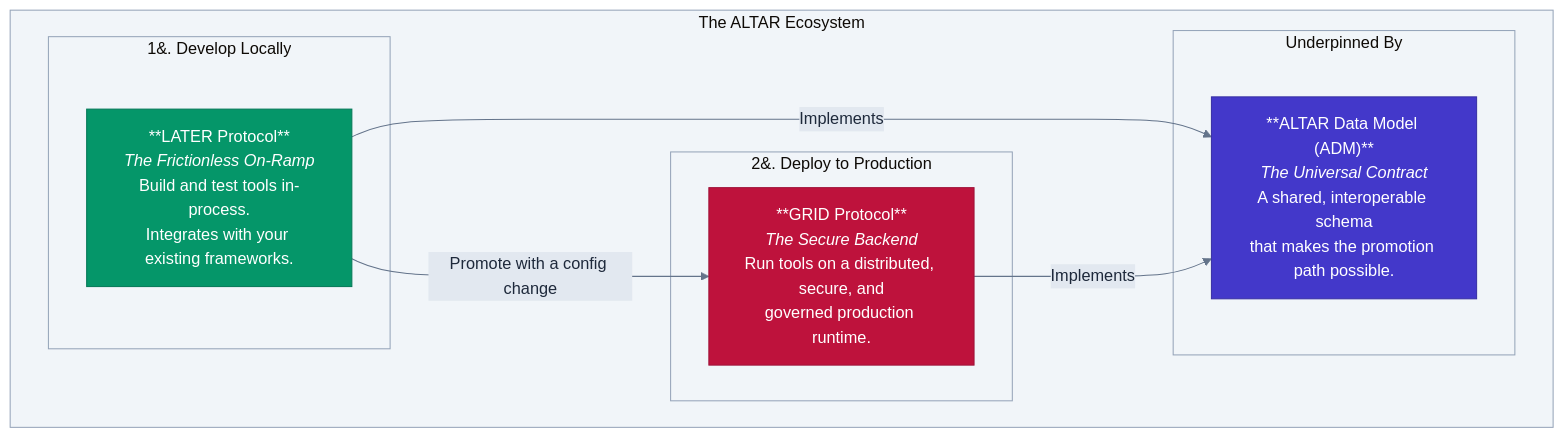
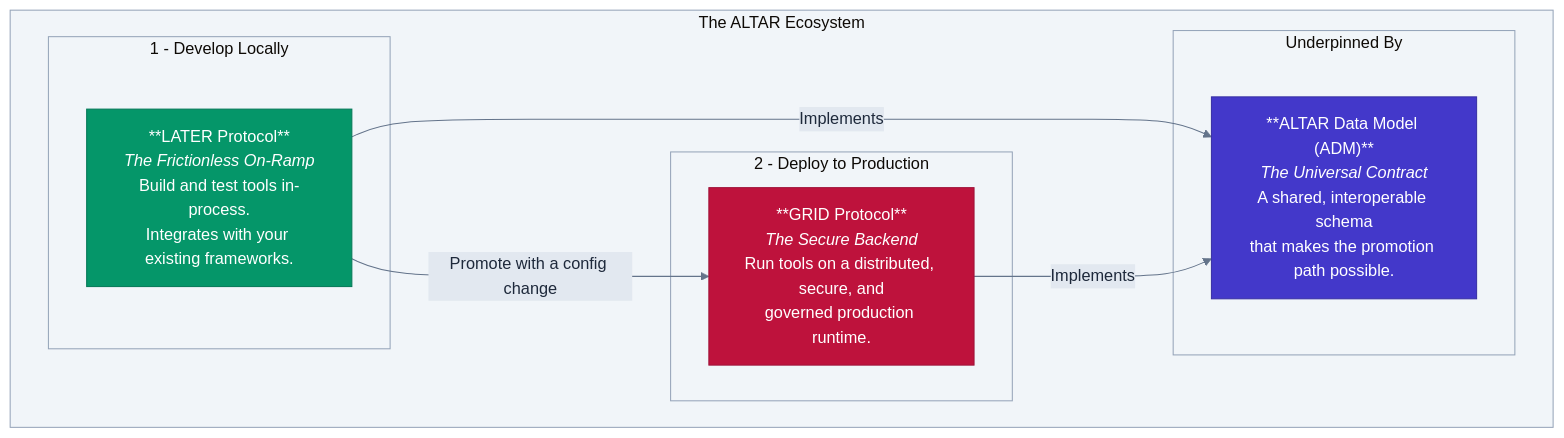
One commit to nshkrdotcom/ALTAR changed the diagram in README.md. Above: the diagram before and after it, drawn with Mermaid.

````diff
--- a/README.md
+++ b/README.md
@@ -41,41 +41,41 @@
 ```mermaid
 %%{
   init: {
     'theme': 'base',
     'themeVariables': {
       'background': '#ffffff',
       'primaryColor': '#f8fafc',
       'primaryTextColor': '#1e293b',
       'lineColor': '#64748b',
       'secondaryColor': '#e2e8f0',
       'tertiaryColor': '#f1f5f9',
       'primaryBorderColor': '#e2e8f0',
       'secondaryBorderColor': '#cbd5e1',
       'tertiaryBorderColor': '#94a3b8'
     }
   }
 }%%
 graph TD
     subgraph "The ALTAR Ecosystem"
         
-        subgraph "1&#46; Develop Locally"
+        subgraph "1 - Develop Locally"
             LATER["**LATER Protocol**<br/><i>The Frictionless On-Ramp</i><br/>Build and test tools in-process.<br/>Integrates with your existing frameworks."]
         end
         
-        subgraph "2&#46; Deploy to Production"
+        subgraph "2 - Deploy to Production"
             GRID["**GRID Protocol**<br/><i>The Secure Backend</i><br/>Run tools on a distributed, secure, and<br/>governed production runtime."]
         end
 
         subgraph "Underpinned By"
             ADM["**ALTAR Data Model (ADM)**<br/><i>The Universal Contract</i><br/>A shared, interoperable schema<br/>that makes the promotion path possible."]
         end
     end
     
     LATER -- "Promote with a config change" --> GRID
     LATER -- "Implements" --> ADM
     GRID -- "Implements" --> ADM
 
     style LATER fill:#059669,stroke:#047857,color:#ffffff,fontWeight:bold
     style GRID fill:#be123c,stroke:#9f1239,color:#ffffff,fontWeight:bold
     style ADM fill:#4338ca,stroke:#3730a3,color:#ffffff
 ```
````
